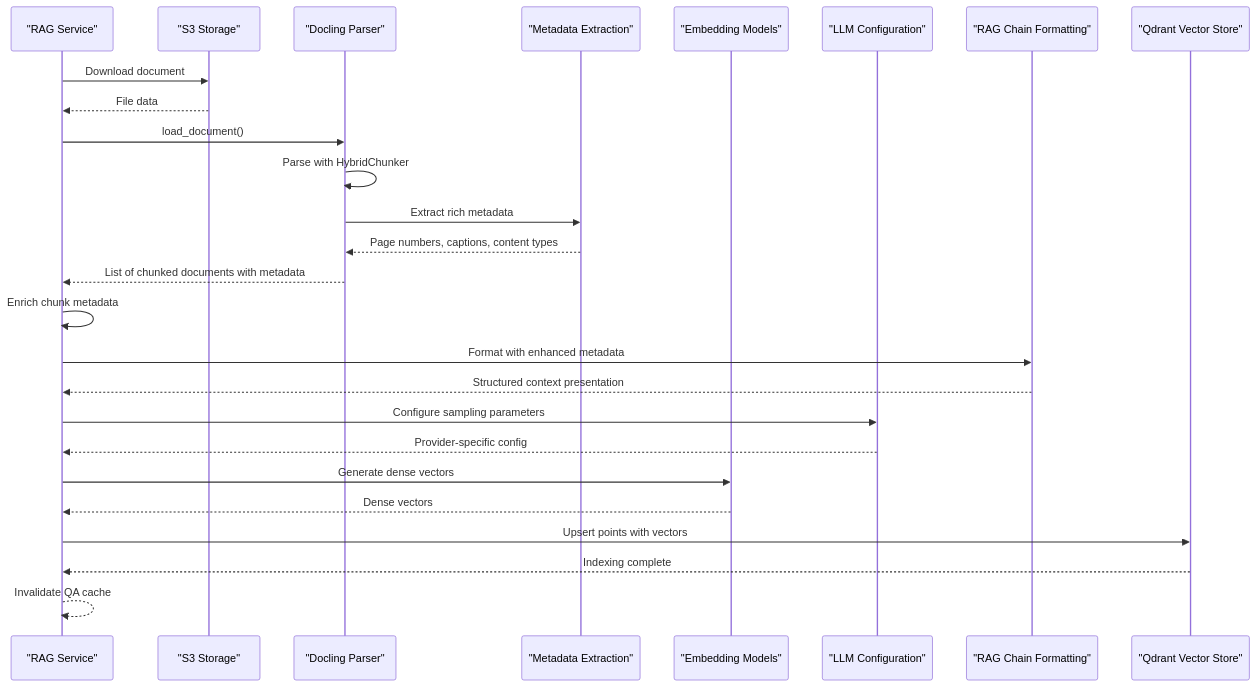
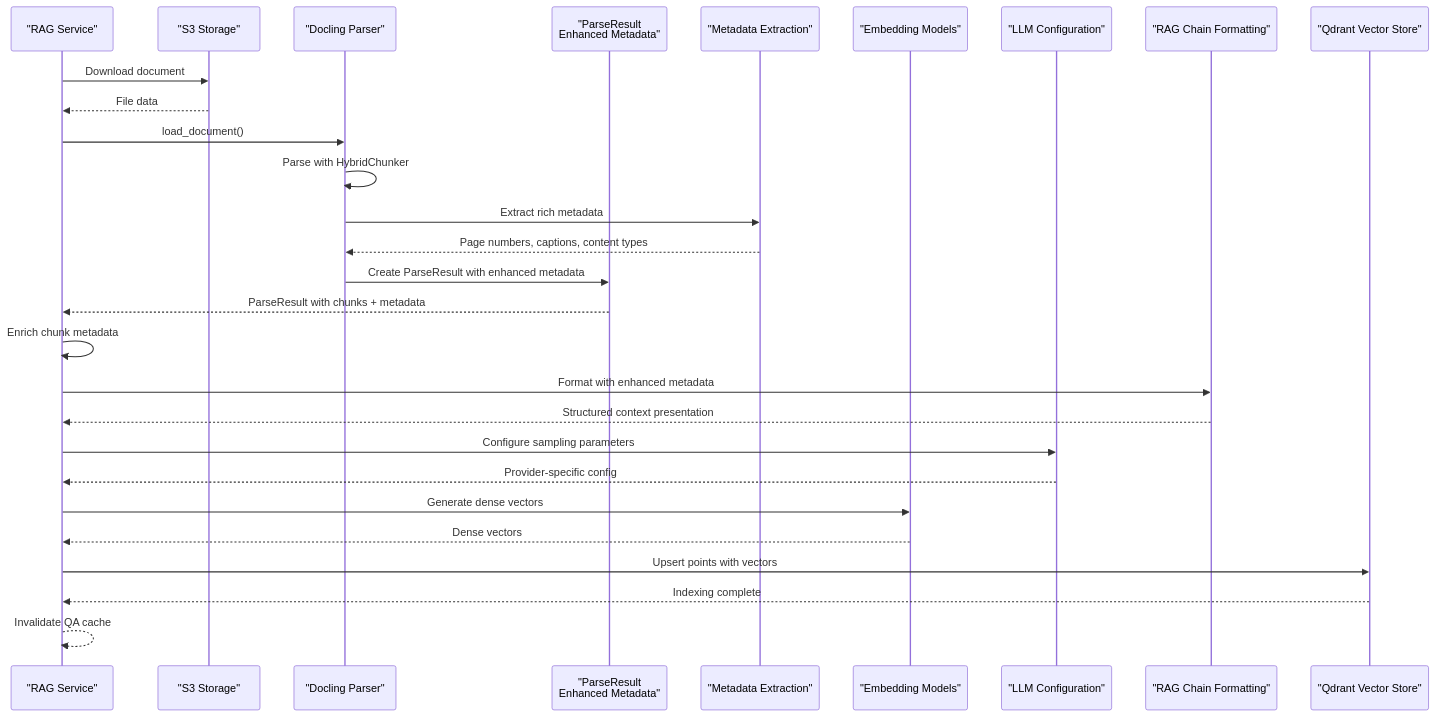
Before and after one commit to ognelis/cafetera_hr_bot: the tenth of 13 diagrams in .qoder/repowiki/en/content/RAG Integration/RAG Parser Enhancement.md, drawn with Mermaid. The commit also changed other lines of this file and 9 other files, not shown here.

````diff
--- a/.qoder/repowiki/en/content/RAG Integration/RAG Parser Enhancement.md
+++ b/.qoder/repowiki/en/content/RAG Integration/RAG Parser Enhancement.md
@@ -411,28 +480,30 @@
 ```mermaid
 sequenceDiagram
 participant Service as "RAG Service"
 participant S3 as "S3 Storage"
 participant Parser as "Docling Parser"
+participant ParseResult as "ParseResult<br/>Enhanced Metadata"
 participant Metadata as "Metadata Extraction"
 participant Embeddings as "Embedding Models"
 participant LLMConfig as "LLM Configuration"
 participant RAGChain as "RAG Chain Formatting"
 participant Qdrant as "Qdrant Vector Store"
 Service->>S3 : Download document
 S3-->>Service : File data
 Service->>Parser : load_document()
 Parser->>Parser : Parse with HybridChunker
 Parser->>Metadata : Extract rich metadata
 Metadata-->>Parser : Page numbers, captions, content types
-Parser-->>Service : List of chunked documents with metadata
+Parser->>ParseResult : Create ParseResult with enhanced metadata
+ParseResult-->>Service : ParseResult with chunks + metadata
 Service->>Service : Enrich chunk metadata
 Service->>RAGChain : Format with enhanced metadata
 RAGChain-->>Service : Structured context presentation
 Service->>LLMConfig : Configure sampling parameters
 LLMConfig-->>Service : Provider-specific config
 Service->>Embeddings : Generate dense vectors
 Embeddings-->>Service : Dense vectors
 Service->>Qdrant : Upsert points with vectors
 Qdrant-->>Service : Indexing complete
 Service-->>Service : Invalidate QA cache
 ```
````
